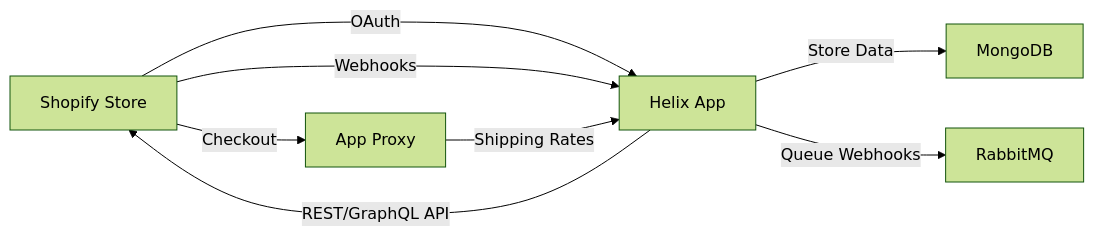
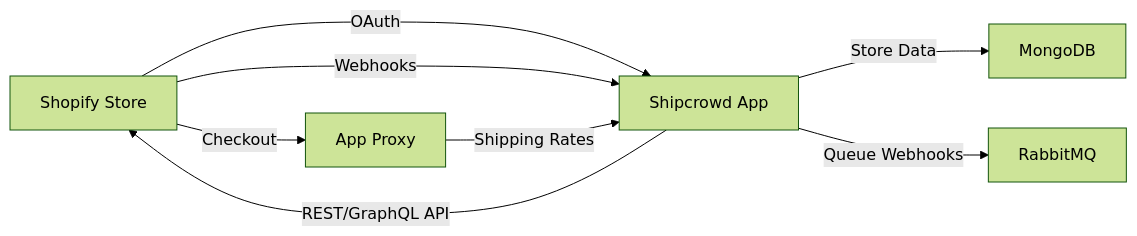
The first of 3 diagrams in docs/Development/Domains/Integrations/Ecommerce/Shopify_APIs.md (dhirajgiri3/Shipcrowd), drawn with Mermaid (forest theme) before and after one commit. The commit also changed other lines of this file and 282 other files, not shown here.

````diff
--- a/docs/Development/Domains/Integrations/Ecommerce/Shopify_APIs.md
+++ b/docs/Development/Domains/Integrations/Ecommerce/Shopify_APIs.md
@@ -43,10 +43,10 @@
 ```mermaid
 graph LR
-    A[Shopify Store] -->|OAuth| B[Helix App]
+    A[Shopify Store] -->|OAuth| B[Shipcrowd App]
     A -->|Webhooks| B
     B -->|REST/GraphQL API| A
     B -->|Store Data| C[MongoDB]
     B -->|Queue Webhooks| D[RabbitMQ]
     A -->|Checkout| E[App Proxy]
     E -->|Shipping Rates| B
 ```
````
